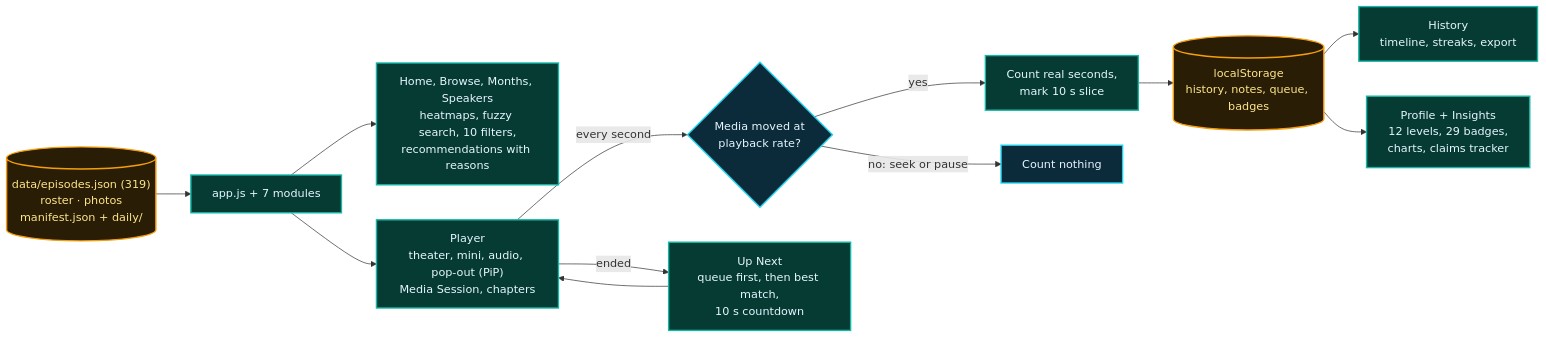
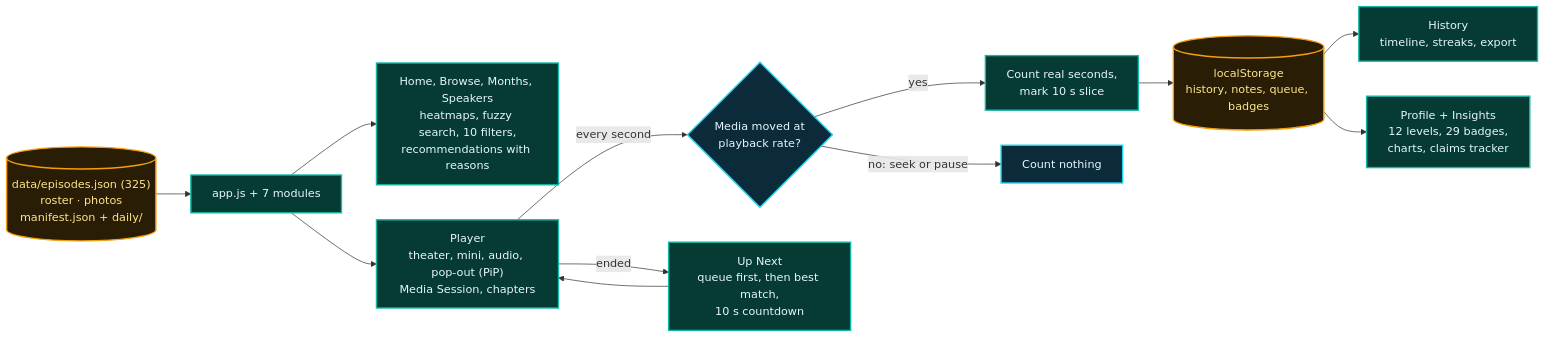
The eighth of 12 diagrams in README.md (lo3elyon/ASI), drawn with Mermaid before and after one commit. The commit also changed other lines of this file, not shown here.

Commit message:
ai-safety-full-episodes: daily add, 6 new episodes (Krys, Yampolskiy debate, Oxford governance panel, Roth L15, Berg, Horvitz): README.md

````diff
--- a/README.md
+++ b/README.md
@@ -556,20 +556,20 @@
 ```mermaid
 flowchart LR
-    D[("data/episodes.json (319)<br/>roster · photos<br/>manifest.json + daily/")] --> APP["app.js + 7 modules"]
+    D[("data/episodes.json (325)<br/>roster · photos<br/>manifest.json + daily/")] --> APP["app.js + 7 modules"]
     APP --> LIB["Home, Browse, Months, Speakers<br/>heatmaps, fuzzy search, 10 filters,<br/>recommendations with reasons"]
     APP --> PLY["Player<br/>theater, mini, audio, pop-out (PiP)<br/>Media Session, chapters"]
     PLY -->|"every second"| CLK{"Media moved at<br/>playback rate?"}
     CLK -->|"yes"| W["Count real seconds,<br/>mark 10 s slice"]
     CLK -->|"no: seek or pause"| X["Count nothing"]
     W --> LS[("localStorage<br/>history, notes, queue, badges")]
     LS --> HIS["History<br/>timeline, streaks, export"]
     LS --> PRO["Profile + Insights<br/>12 levels, 29 badges,<br/>charts, claims tracker"]
     PLY -->|"ended"| UP["Up Next<br/>queue first, then best match,<br/>10 s countdown"]
     UP --> PLY
     classDef d fill:#2a1d05,stroke:#f59e0b,stroke-width:2px,color:#fde68a
     classDef a fill:#063b33,stroke:#14b8a6,stroke-width:2px,color:#e6f6ff
     classDef q fill:#0b2a3a,stroke:#22d3ee,stroke-width:2px,color:#e6f6ff
     class D,LS d
     class APP,LIB,PLY,W,HIS,PRO,UP a
     class CLK,X q
 ```
````
